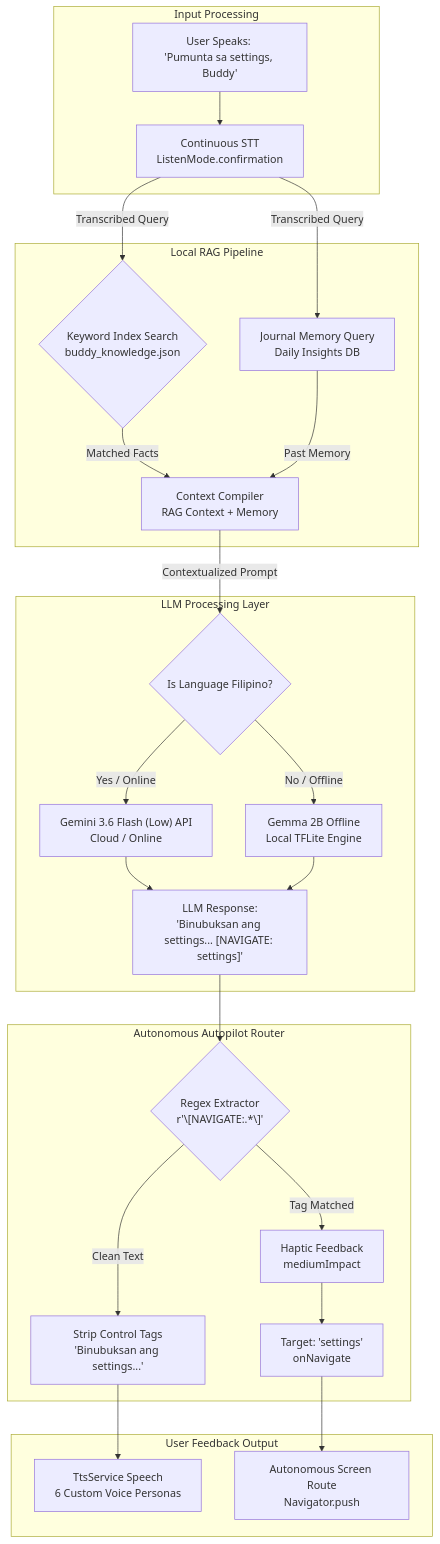
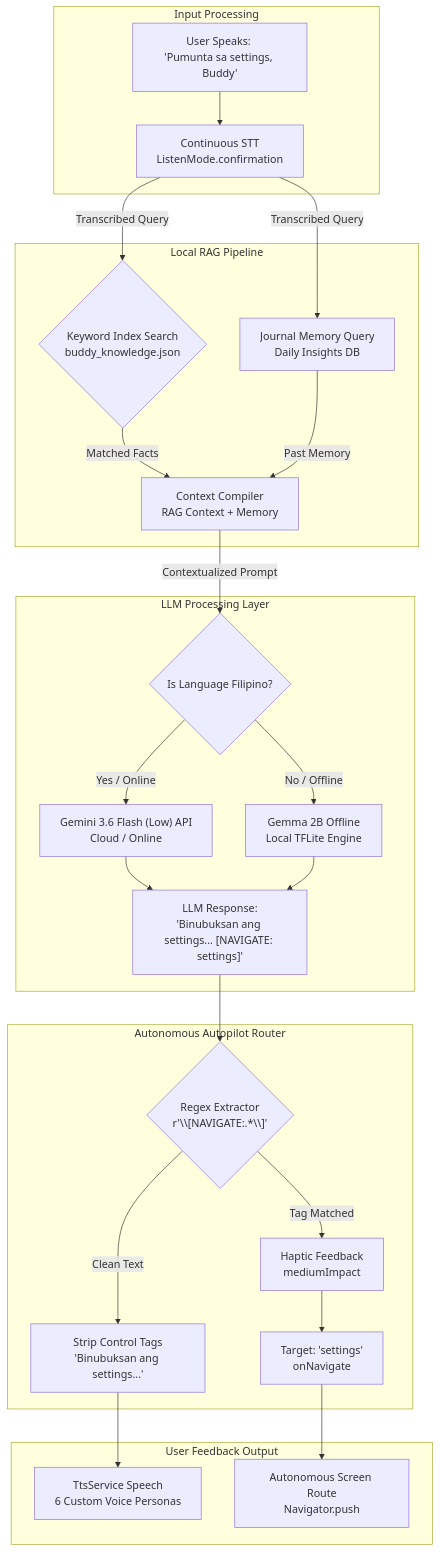
Before and after one commit to Thes-IS-IT/Easylens: the second of 2 diagrams in docs/architecture/ai_architecture.md, drawn with Mermaid. The commit also changed other lines of this file and 42 other files, not shown here.

````diff
--- a/docs/architecture/ai_architecture.md
+++ b/docs/architecture/ai_architecture.md
@@ -91,62 +91,62 @@
 ```mermaid
 graph TD
     %% Inputs
     subgraph Inputs ["Input Processing"]
         UserSpeech["User Speaks: <br/>'Pumunta sa settings, Buddy'"]
         STT["Continuous STT <br/>ListenMode.confirmation"]
     end
 
     %% RAG Pipeline
     subgraph RAG ["Local RAG Pipeline"]
         KeywordMatcher{"Keyword Index Search<br/>buddy_knowledge.json"}
         JournalSearch["Journal Memory Query<br/>Daily Insights DB"]
         ContextCompiler["Context Compiler<br/>RAG Context + Memory"]
     end
 
     %% Model Processing
     subgraph ModelSelection ["LLM Processing Layer"]
         LangCheck{"Is Language Filipino?"}
         Gemini["Gemini 3.6 Flash (Low) API<br/>Cloud / Online"]
         Gemma["Gemma 2B Offline<br/>Local TFLite Engine"]
         LlmOutput["LLM Response:<br/>'Binubuksan ang settings... [NAVIGATE: settings]'"]
     end
 
     %% Autonomous Agent Router
     subgraph AgentRouter ["Autonomous Autopilot Router"]
-        TagExtractor{"Regex Extractor<br/>r'\[NAVIGATE:.*\]'"}
+        TagExtractor{"Regex Extractor<br/>r'\\[NAVIGATE:.*\\]'"}
         TagExecute["Target: 'settings'<br/>onNavigate"]
         Haptic["Haptic Feedback<br/>mediumImpact"]
         TtsClean["Strip Control Tags<br/>'Binubuksan ang settings...'"]
     end
 
     %% Outputs
     subgraph Outputs ["User Feedback Output"]
         TTS["TtsService Speech<br/>6 Custom Voice Personas"]
         ScreenNav["Autonomous Screen Route<br/>Navigator.push"]
     end
 
     %% Connections
     UserSpeech --> STT
     STT --> |Transcribed Query| KeywordMatcher
     STT --> |Transcribed Query| JournalSearch
     
     KeywordMatcher --> |Matched Facts| ContextCompiler
     JournalSearch --> |Past Memory| ContextCompiler
     
     ContextCompiler --> |Contextualized Prompt| LangCheck
     
     LangCheck --> |Yes / Online| Gemini
     LangCheck --> |No / Offline| Gemma
     
     Gemini --> LlmOutput
     Gemma --> LlmOutput
     
     LlmOutput --> TagExtractor
     
     TagExtractor --> |Tag Matched| Haptic
     Haptic --> TagExecute
     TagExecute --> ScreenNav
     
     TagExtractor --> |Clean Text| TtsClean
     TtsClean --> TTS
 ```
````
